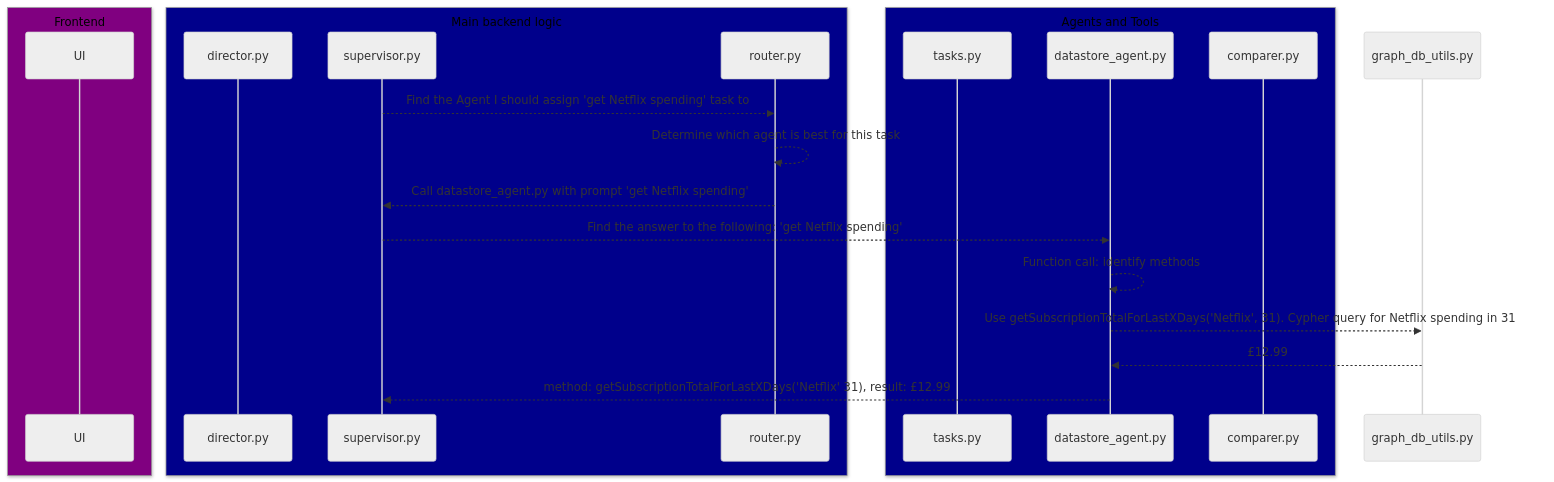
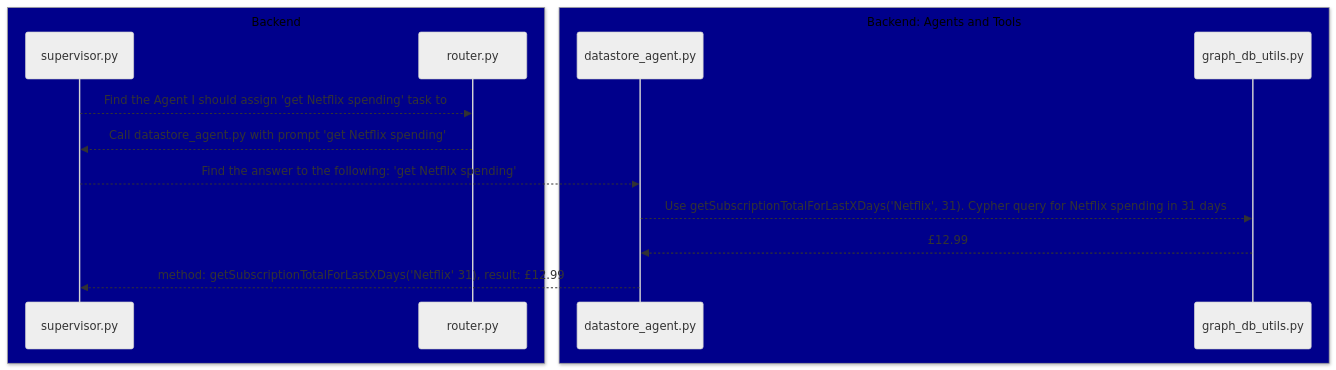
The fourth of 5 diagrams in assets/sum-my-subscriptions/happy_flows_sum_my_subs_python_modules.md (WaitThatShouldntWork/InferGPT), drawn with Mermaid (neutral theme) before and after one commit. The commit also changed other lines of this file and 1 other file, not shown here.

Commit message:
Make python modules explicit in diagram

````diff
--- a/assets/sum-my-subscriptions/happy_flows_sum_my_subs_python_modules.md
+++ b/assets/sum-my-subscriptions/happy_flows_sum_my_subs_python_modules.md
@@ -65,24 +49,17 @@
 ```mermaid
 sequenceDiagram
-    box Purple Frontend
-    participant UI
-    end
-    box DarkBlue Main backend logic
-    participant director.py
+    box DarkBlue Backend
     participant supervisor.py
     participant router.py
     end
-    box DarkBlue Agents and Tools
-    participant tasks.py
+    box DarkBlue Backend: Agents and Tools
     participant datastore_agent.py
-    participant comparer.py
+    participant graph_db_utils.py
     end
     supervisor.py -->> router.py: Find the Agent I should assign 'get Netflix spending' task to
-    router.py -->> router.py: Determine which agent is best for this task
     router.py -->> supervisor.py: Call datastore_agent.py with prompt 'get Netflix spending'
     supervisor.py -->> datastore_agent.py: Find the answer to the following: 'get Netflix spending'
-    datastore_agent.py -->> datastore_agent.py: Function call: identify methods
     datastore_agent.py -->> graph_db_utils.py: Use getSubscriptionTotalForLastXDays('Netflix', 31).  Cypher query for Netflix spending in 31 days
     graph_db_utils.py -->> datastore_agent.py: £12.99
     datastore_agent.py -->> supervisor.py: method: getSubscriptionTotalForLastXDays('Netflix' 31), result: £12.99
 ```
````
